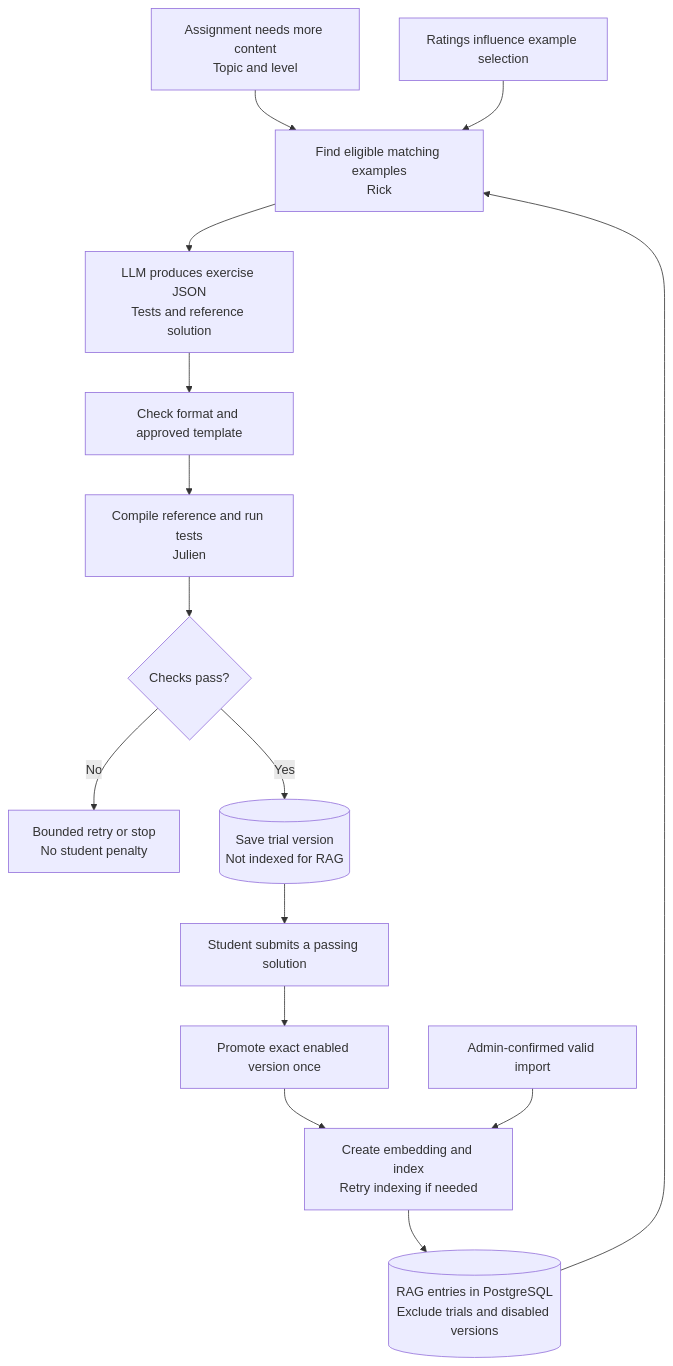
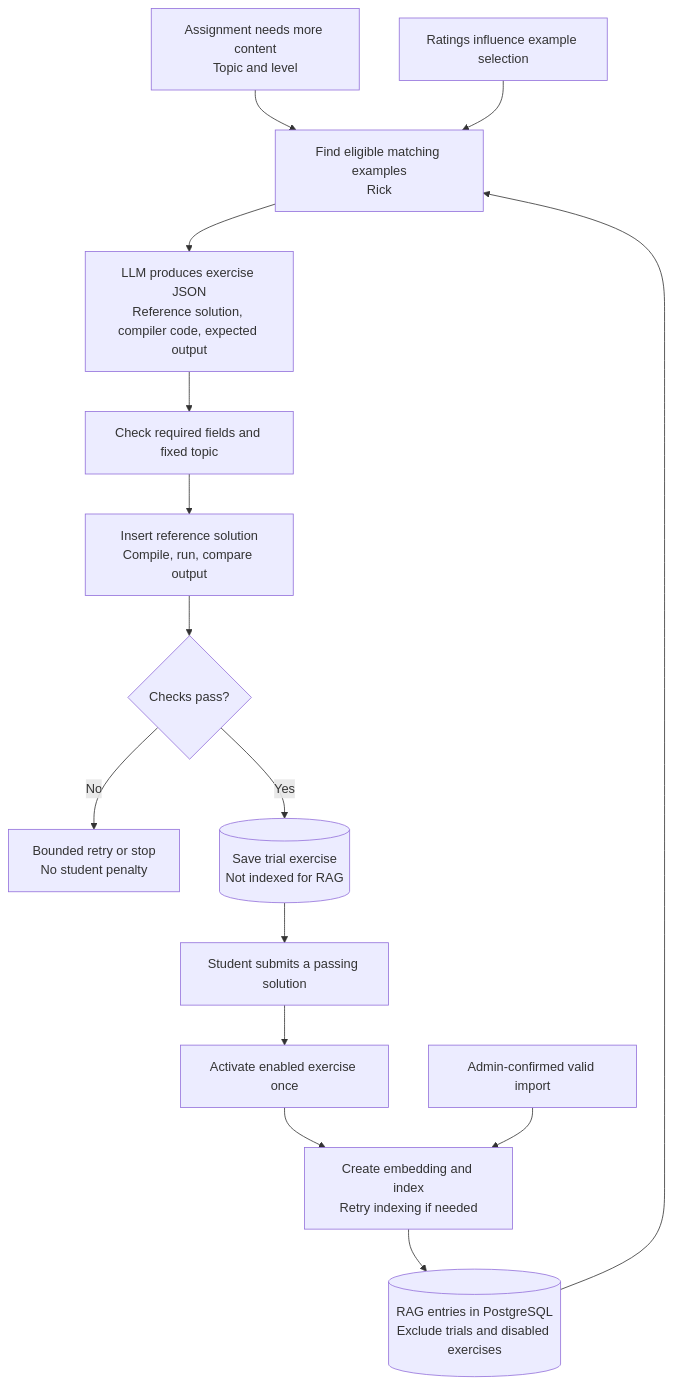
One commit to Rspinelli93/Trancendece changed the diagram in option-3/Diagrams/03-llm-and-rag.mmd. Above: the diagram before and after it, drawn with Mermaid. The commit also changed 24 other files, not shown here.

```diff
--- a/option-3/Diagrams/03-llm-and-rag.mmd
+++ b/option-3/Diagrams/03-llm-and-rag.mmd
@@ -1,29 +1,29 @@
 flowchart TD
     Need["Assignment needs more content<br/>Topic and level"]
     Retrieve["Find eligible matching examples<br/>Rick"]
-    Data[("RAG entries in PostgreSQL<br/>Exclude trials and disabled versions")]
+    Data[("RAG entries in PostgreSQL<br/>Exclude trials and disabled exercises")]
     Rating["Ratings influence example selection"]
-    LLM["LLM produces exercise JSON<br/>Tests and reference solution"]
-    Fields["Check format and approved template"]
-    Judge["Compile reference and run tests<br/>Julien"]
+    LLM["LLM produces exercise JSON<br/>Reference solution, compiler code, expected output"]
+    Fields["Check required fields and fixed topic"]
+    Judge["Insert reference solution<br/>Compile, run, compare output"]
     Pass{"Checks pass?"}
     Reject["Bounded retry or stop<br/>No student penalty"]
-    Trial[("Save trial version<br/>Not indexed for RAG")]
+    Trial[("Save trial exercise<br/>Not indexed for RAG")]
     Student["Student submits a passing solution"]
-    Promote["Promote exact enabled version once"]
+    Promote["Activate enabled exercise once"]
     Embed["Create embedding and index<br/>Retry indexing if needed"]
     Admin["Admin-confirmed valid import"]
     Need --> Retrieve
     Data --> Retrieve
     Rating --> Retrieve
     Retrieve --> LLM
     LLM --> Fields
     Fields --> Judge
     Judge --> Pass
     Pass -->|"No"| Reject
     Pass -->|"Yes"| Trial
     Trial --> Student
     Student --> Promote
     Promote --> Embed
     Admin --> Embed
     Embed --> Data
```
